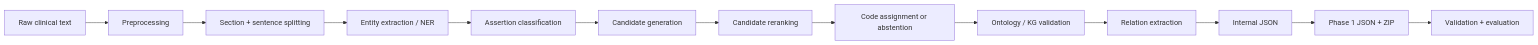
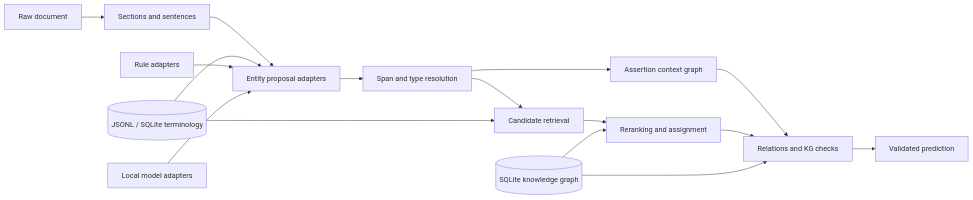
Before and after one commit to damminhtien/clingrounder: the diagram in README.md, drawn with Mermaid. The commit also changed other lines of this file and 4 other files, not shown here.

````diff
--- a/README.md
+++ b/README.md
@@ -77,15 +43,19 @@
 ```mermaid
 flowchart LR
-    A[Raw clinical text] --> B[Preprocessing]
-    B --> C[Section + sentence splitting]
-    C --> D[Entity extraction / NER]
-    D --> E[Assertion classification]
-    E --> F[Candidate generation]
-    F --> G[Candidate reranking]
-    G --> H[Code assignment or abstention]
-    H --> I[Ontology / KG validation]
-    I --> J[Relation extraction]
-    J --> K[Internal JSON]
-    K --> L[Phase 1 JSON + ZIP]
-    L --> M[Validation + evaluation]
+    A[Raw document] --> B[Sections and sentences]
+    B --> C[Entity proposal adapters]
+    C --> D[Span and type resolution]
+    D --> E[Assertion context graph]
+    D --> F[Candidate retrieval]
+    T[(JSONL / SQLite terminology)] --> C
+    T --> F
+    F --> G[Reranking and assignment]
+    E --> H[Relations and KG checks]
+    G --> H
+    H --> I[Validated prediction]
+
+    R[Rule adapters] --> C
+    M[Local model adapters] --> C
+    K[(SQLite knowledge graph)] --> G
+    K --> H
 ```
````
